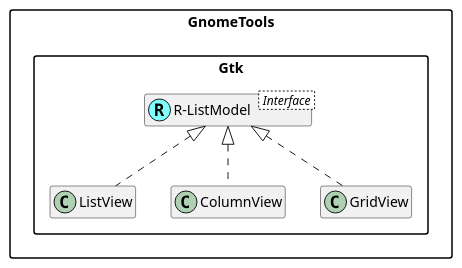
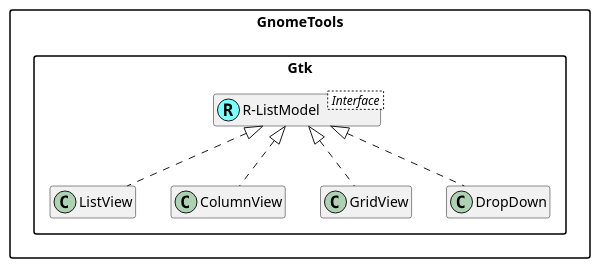
One commit to MARTIMM/GnomeTools changed the first of 5 diagrams in lib/GnomeTools/Gtk/plantuml/ListvView.md. Above: the diagram before and after it, drawn with PlantUML.

````diff
--- a/lib/GnomeTools/Gtk/plantuml/ListvView.md
+++ b/lib/GnomeTools/Gtk/plantuml/ListvView.md
@@ -1,17 +1,18 @@
 ```plantuml
 @startuml
 'scale 0.8
 
 skinparam packageStyle rectangle
 skinparam stereotypeCBackgroundColor #80ffff
 set namespaceSeparator ::
 hide members
 
 Interface GnomeTools::Gtk::R-ListModel < Interface >
 class GnomeTools::Gtk::R-ListModel <<(R,#80ffff)>>
 
 "GnomeTools::Gtk::R-ListModel" <|.. "GnomeTools::Gtk::ListView"
 "GnomeTools::Gtk::R-ListModel" <|.. "GnomeTools::Gtk::ColumnView"
 "GnomeTools::Gtk::R-ListModel" <|.. "GnomeTools::Gtk::GridView"
+"GnomeTools::Gtk::R-ListModel" <|.. "GnomeTools::Gtk::DropDown"
 @enduml
 ```
````
